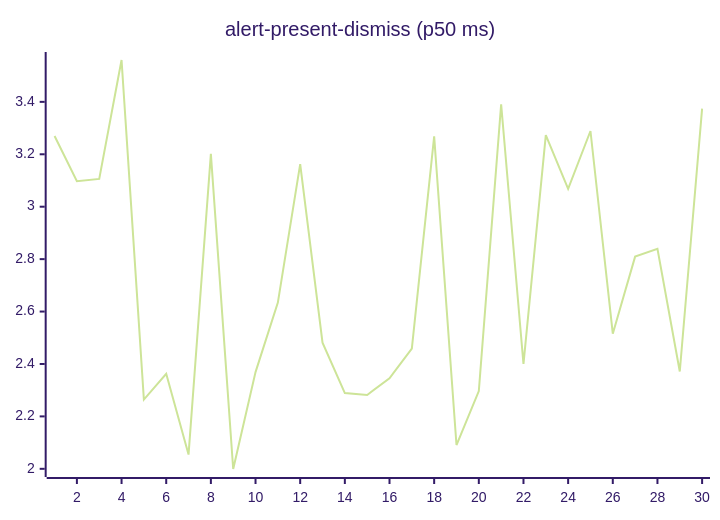
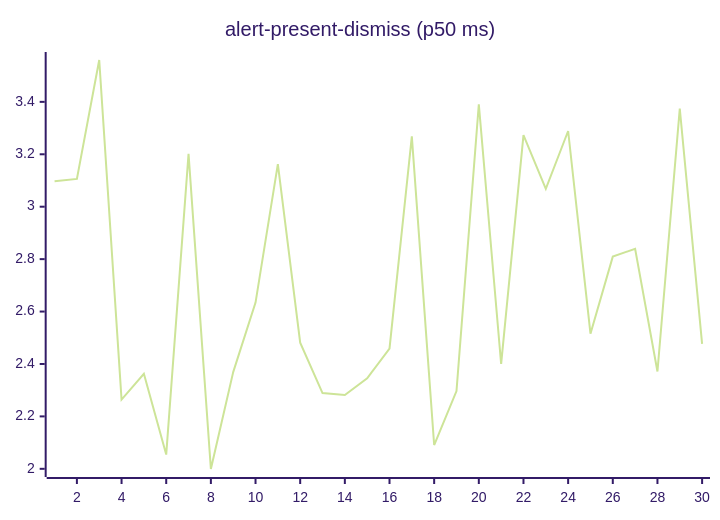
Before and after one commit to josha/Facet: the second of 27 diagrams in README.md, drawn with Mermaid (forest theme). The commit also changed other lines of this file and 2 other files, not shown here.

````diff
--- a/README.md
+++ b/README.md
@@ -70,6 +70,6 @@
 ```mermaid
 xychart-beta
     title "alert-present-dismiss (p50 ms)"
     x-axis 1 --> 30
-    line [3.2697, 3.0970, 3.1061, 3.5597, 2.2642, 2.3626, 2.0543, 3.2013, 1.9993, 2.3689, 2.6340, 3.1626, 2.4814, 2.2888, 2.2819, 2.3455, 2.4588, 3.2682, 2.0908, 2.2965, 3.3910, 2.4000, 3.2732, 3.0684, 3.2888, 2.5156, 2.8095, 2.8395, 2.3714, 3.3741]
+    line [3.0970, 3.1061, 3.5597, 2.2642, 2.3626, 2.0543, 3.2013, 1.9993, 2.3689, 2.6340, 3.1626, 2.4814, 2.2888, 2.2819, 2.3455, 2.4588, 3.2682, 2.0908, 2.2965, 3.3910, 2.4000, 3.2732, 3.0684, 3.2888, 2.5156, 2.8095, 2.8395, 2.3714, 3.3741, 2.4770]
 ```
````
